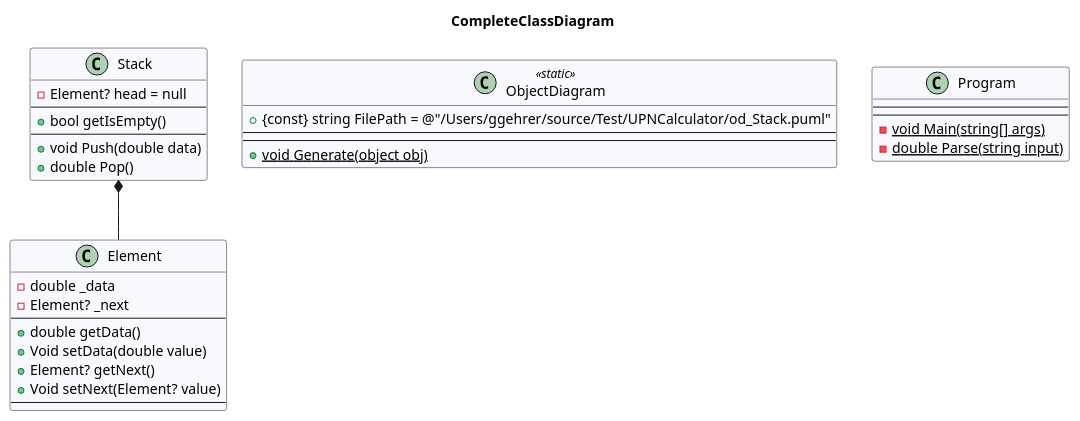
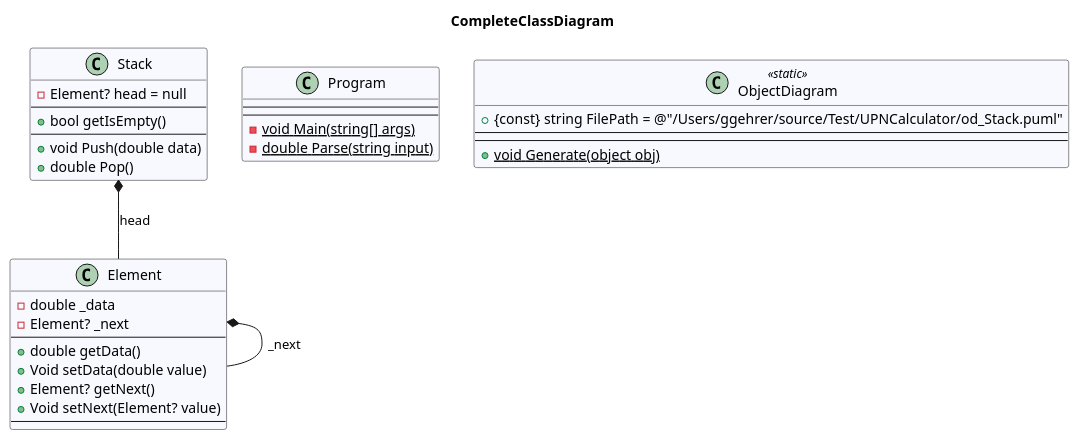
Before and after one commit to leoggehrer/2324-34_ABIF_ACIF_POSE: the diagram in UPNCalculator.ConApp/diagrams/CompleteClassDiagram.puml, drawn with PlantUML. The commit also changed 10 other files, not shown here.

Commit message:
Generated diagrams.

```diff
--- a/UPNCalculator.ConApp/diagrams/CompleteClassDiagram.puml
+++ b/UPNCalculator.ConApp/diagrams/CompleteClassDiagram.puml
@@ -1,36 +1,38 @@
 @startuml CompleteClassDiagram
 title CompleteClassDiagram
  class Element #GhostWhite {
 - double _data
 - Element? _next
 ---
 + double getData()
 + Void setData(double value)
 + Element? getNext()
 + Void setNext(Element? value)
 ---
 }
+ class Program #GhostWhite {
+---
+---
+- {static} void Main(string[] args)
+- {static} double Parse(string input)
+}
  class ObjectDiagram << static >> #GhostWhite {
 + {const} string FilePath = @"/Users/ggehrer/source/Test/UPNCalculator/od_Stack.puml"
 ---
 ---
 + {static} void Generate(object obj)
-}
- class Program #GhostWhite {
----
----
-- {static} void Main(string[] args)
-- {static} double Parse(string input)
 }
  class Stack #GhostWhite {
 - Element? head = null
 ---
 + bool getIsEmpty()
 ---
 + void Push(double data)
 + double Pop()
 }
+Element *-- Element : _next
+Stack *-- Element : head
 ' CustomUML
-Stack *-- Element
+' Stack *-- Element
 ' CustomUML
 @enduml
```
